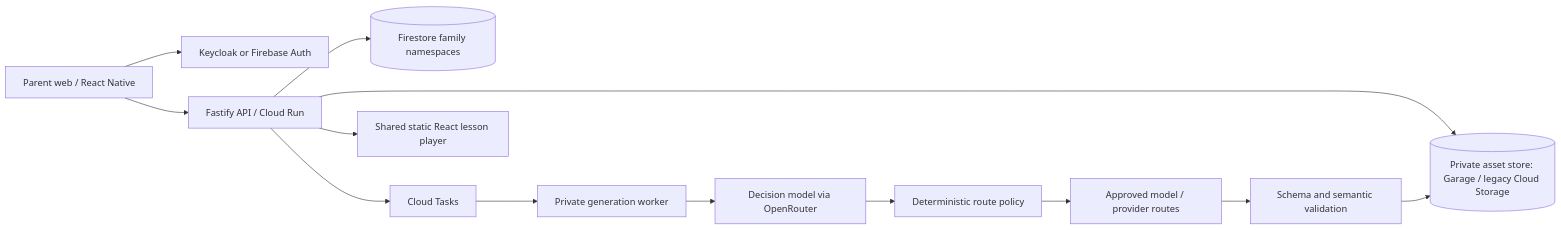
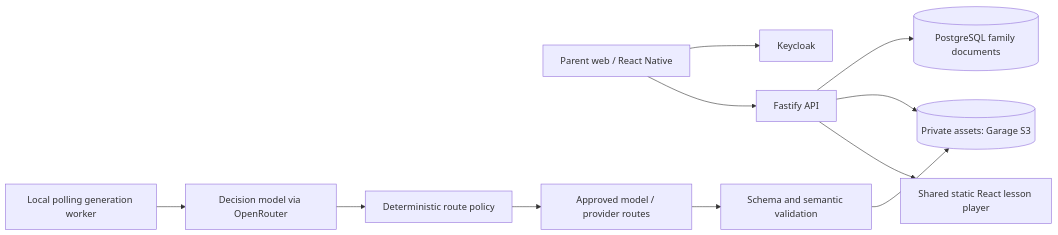
One commit to OmarMahmoud120/LessonBooks changed the diagram in doc/architecture.md. Above: the diagram before and after it, drawn with Mermaid. The commit also changed other lines of this file and 12 other files, not shown here.

````diff
--- a/doc/architecture.md
+++ b/doc/architecture.md
@@ -5,15 +5,14 @@
 ```mermaid
 flowchart LR
-  Parent[Parent web / React Native] --> Auth[Keycloak or Firebase Auth]
-  Parent --> API[Fastify API / Cloud Run]
-  API --> DB[(Firestore family namespaces)]
-  API --> Private[(Private asset store: Garage / legacy Cloud Storage)]
-  API --> Queue[Cloud Tasks]
-  Queue --> Worker[Private generation worker]
+  Parent[Parent web / React Native] --> Auth[Keycloak]
+  Parent --> API[Fastify API]
+  API --> DB[(PostgreSQL family documents)]
+  API --> Private[(Private assets: Garage S3)]
+  Worker[Local polling generation worker]
   Worker --> Decision[Decision model via OpenRouter]
   Decision --> Policy[Deterministic route policy]
   Policy --> Models[Approved model / provider routes]
   Models --> Validation[Schema and semantic validation]
   Validation --> Private
   API --> Player[Shared static React lesson player]
 ```
````
